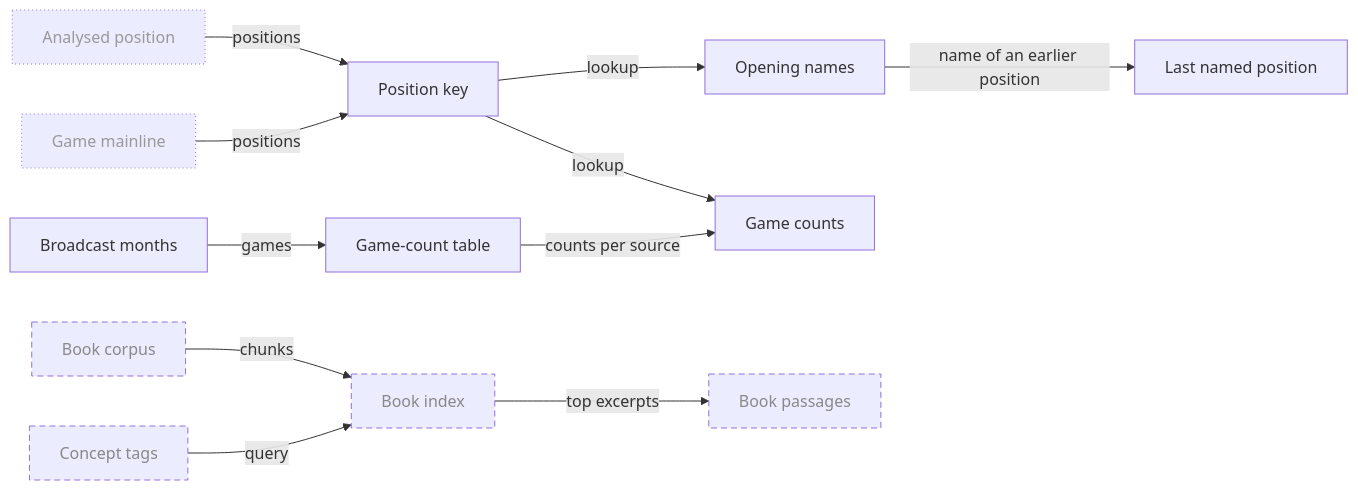
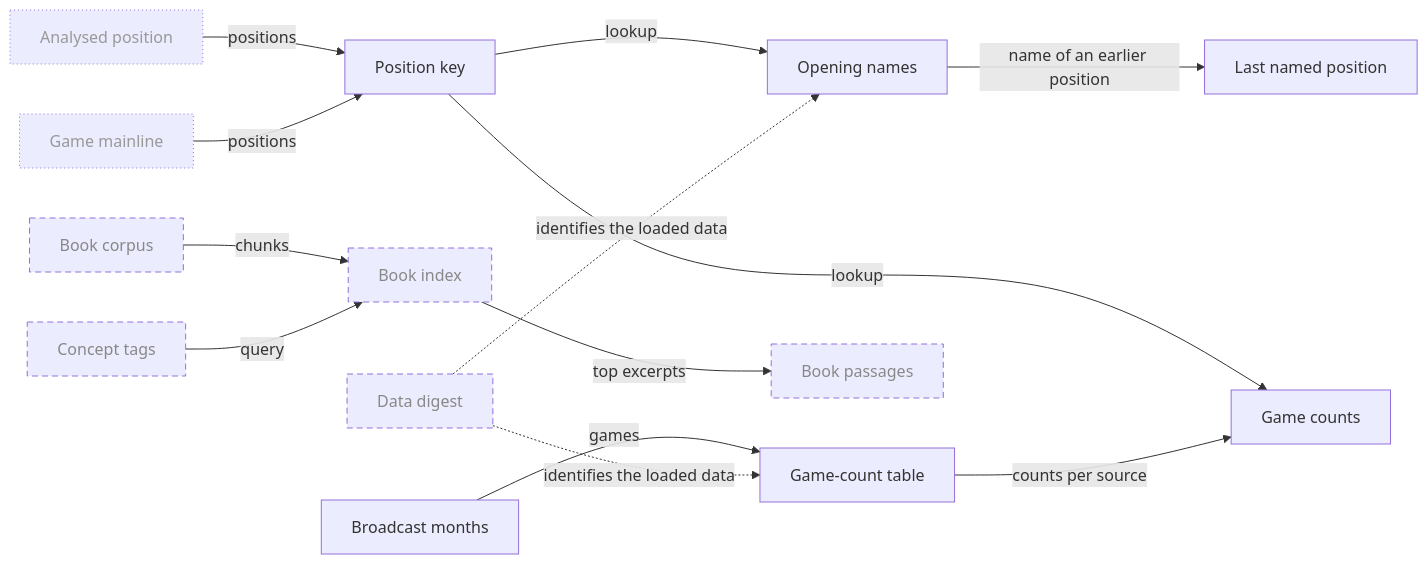
One commit to aurja/ChessWhy changed the ninth of 21 diagrams in Planning/DBC/CONCEPTS.md. Above: the diagram before and after it, drawn with Mermaid. The commit also changed other lines of this file and 5 other files, not shown here.

````diff
--- a/Planning/DBC/CONCEPTS.md
+++ b/Planning/DBC/CONCEPTS.md
@@ -383,28 +391,30 @@
 ```mermaid
 flowchart LR
     AnalysedPosition["Analysed position"]
     GameMainline["Game mainline"]
     BroadcastMonths["Broadcast months"]
     PositionKey["Position key"]
     OpeningNames["Opening names"]
     LastNamed["Last named position"]
     GameTable["Game-count table"]
     GameCounts["Game counts"]
     BookCorpus["Book corpus"]
     BookIndex["Book index"]
     ConceptTags["Concept tags"]
     BookPassages["Book passages"]
+    DataDigest["Data digest"]
     AnalysedPosition & GameMainline -->|positions| PositionKey
     PositionKey -->|lookup| OpeningNames & GameCounts
     OpeningNames -->|name of an earlier position| LastNamed
     BroadcastMonths -->|games| GameTable
     GameTable -->|counts per source| GameCounts
     BookCorpus -->|chunks| BookIndex
     ConceptTags -->|query| BookIndex
     BookIndex -->|top excerpts| BookPassages
+    DataDigest -.->|identifies the loaded data| GameTable & OpeningNames
     classDef planned stroke-dasharray:6 4,color:#888
     classDef partial stroke-dasharray:2 2
     classDef external stroke-dasharray:1 3,color:#999
     class AnalysedPosition,GameMainline external
-    class BookCorpus,BookIndex,ConceptTags,BookPassages planned
+    class BookCorpus,BookIndex,ConceptTags,BookPassages,DataDigest planned
 ```
````
